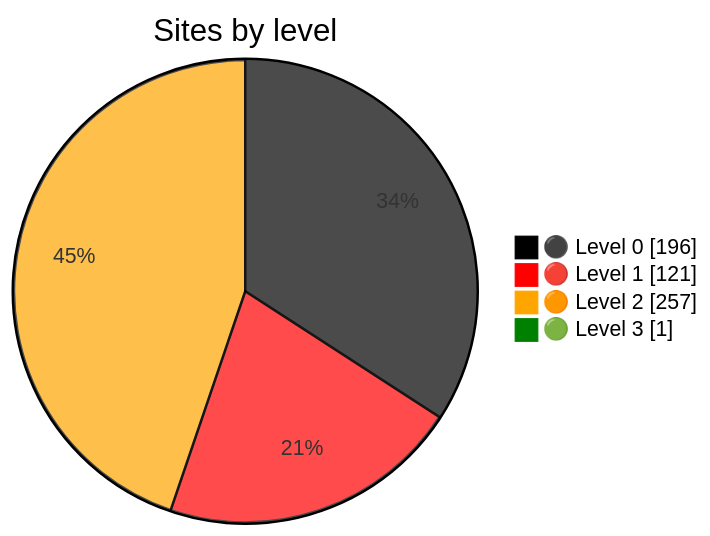
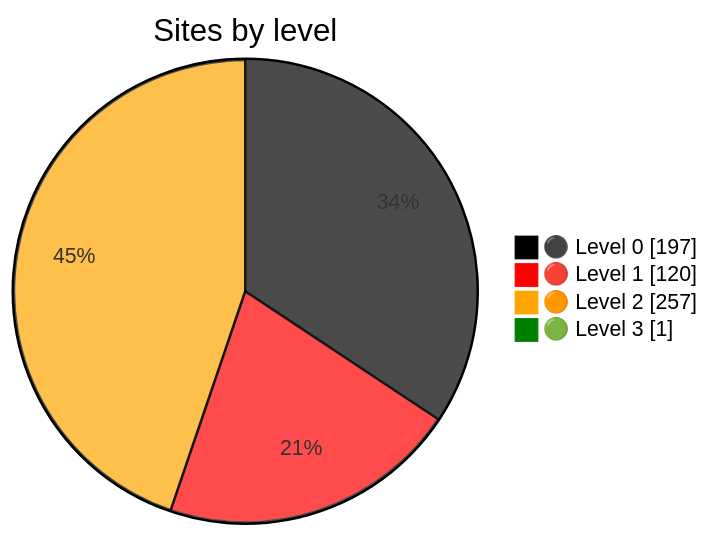
Before and after one commit to nuuuwan/gov_lk_web_auditor: the diagram in README.md, drawn with Mermaid. The commit also changed other lines of this file and 2542 other files, not shown here.

````diff
--- a/README.md
+++ b/README.md
@@ -24,9 +24,9 @@
 ```mermaid
 %%{init: {"themeVariables":{"pie1":"black","pie2":"red","pie3":"orange","pie4":"green"}}}%%
 pie showData
     title Sites by level
-    "⚫ Level 0" : 196
-    "🔴 Level 1" : 121
+    "⚫ Level 0" : 197
+    "🔴 Level 1" : 120
     "🟠 Level 2" : 257
     "🟢 Level 3" : 1
 ```
````
